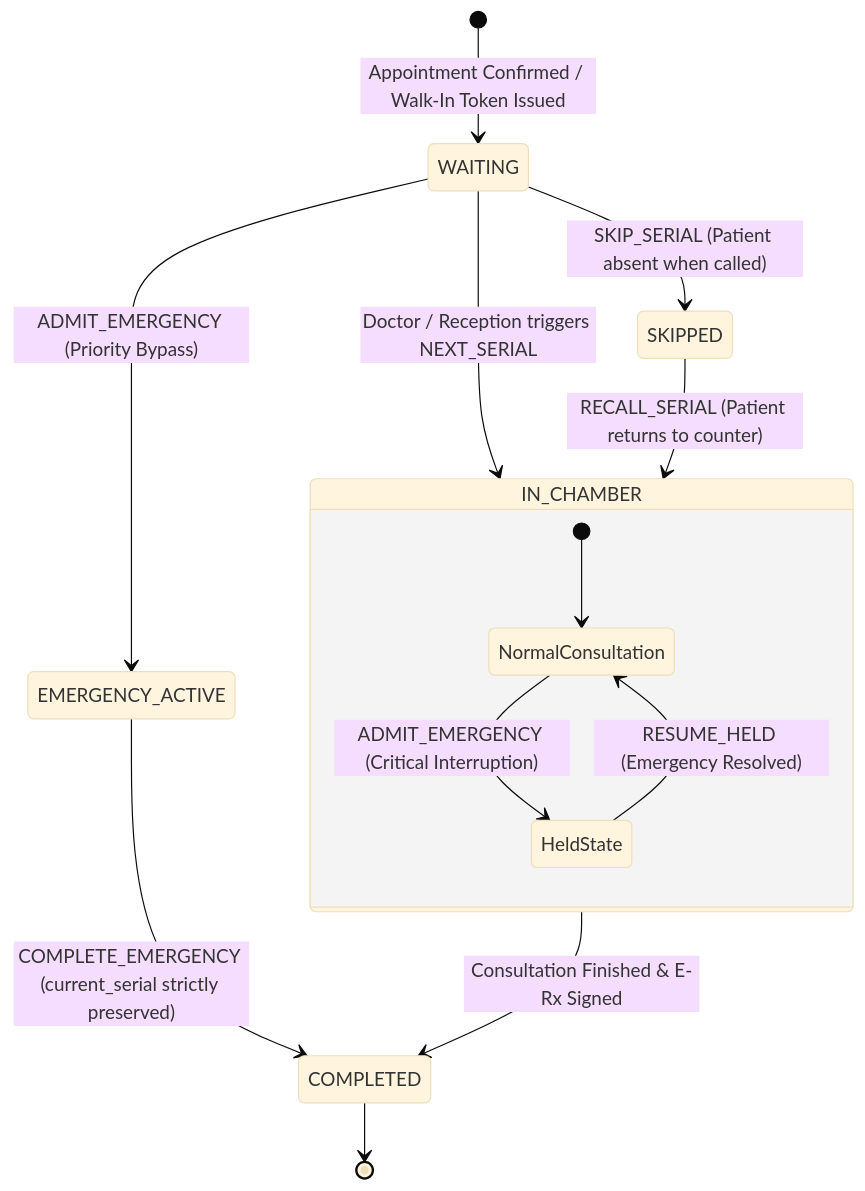
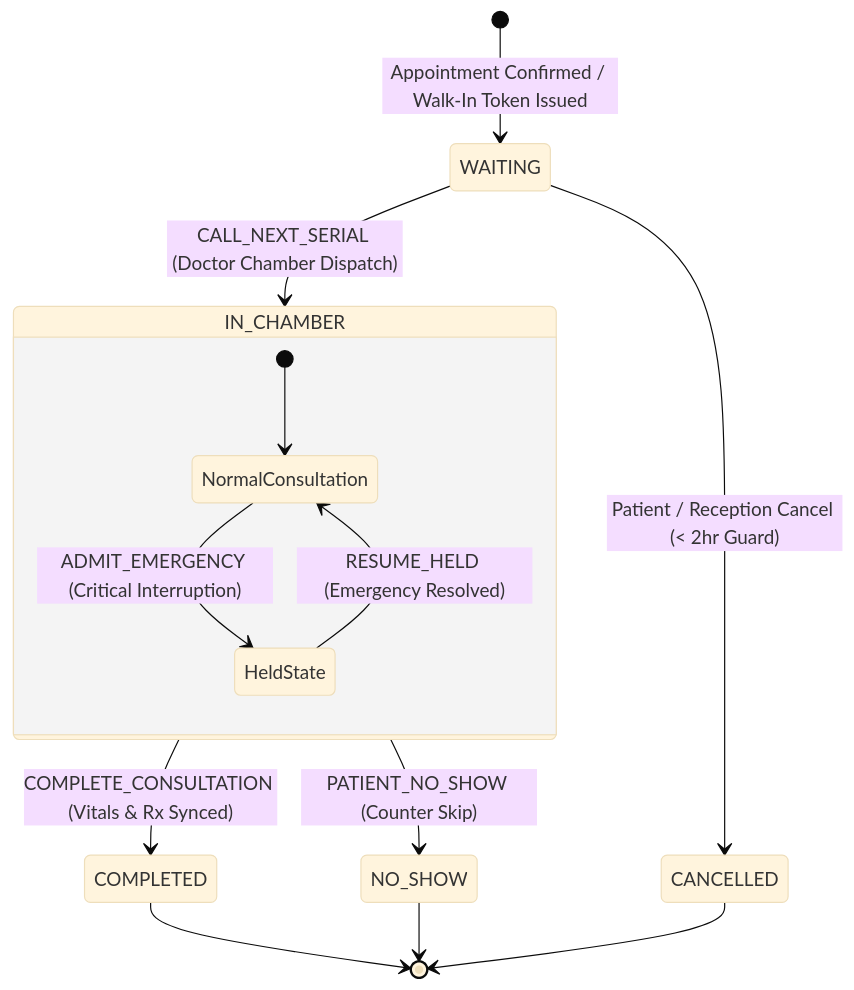
One commit to Ishtiak-Ahmed886/Final_Year_Project_version1 changed the second of 2 diagrams in README.md. Above: the diagram before and after it, drawn with Mermaid (base theme). The commit also changed other lines of this file and 35 other files, not shown here.

````diff
--- a/README.md
+++ b/README.md
@@ -92,20 +96,20 @@
 ```mermaid
 stateDiagram-v2
     [*] --> WAITING: Appointment Confirmed / Walk-In Token Issued
     
     state IN_CHAMBER {
         [*] --> NormalConsultation
         NormalConsultation --> HeldState: ADMIT_EMERGENCY (Critical Interruption)
         HeldState --> NormalConsultation: RESUME_HELD (Emergency Resolved)
     }
 
-    WAITING --> IN_CHAMBER: Doctor / Reception triggers NEXT_SERIAL
-    WAITING --> EMERGENCY_ACTIVE: ADMIT_EMERGENCY (Priority Bypass)
-    EMERGENCY_ACTIVE --> COMPLETED: COMPLETE_EMERGENCY (current_serial strictly preserved)
+    WAITING --> IN_CHAMBER: CALL_NEXT_SERIAL (Doctor Chamber Dispatch)
+    WAITING --> CANCELLED: Patient / Reception Cancel (< 2hr Guard)
     
-    IN_CHAMBER --> COMPLETED: Consultation Finished & E-Rx Signed
-    WAITING --> SKIPPED: SKIP_SERIAL (Patient absent when called)
-    SKIPPED --> IN_CHAMBER: RECALL_SERIAL (Patient returns to counter)
+    IN_CHAMBER --> COMPLETED: COMPLETE_CONSULTATION (Vitals & Rx Synced)
+    IN_CHAMBER --> NO_SHOW: PATIENT_NO_SHOW (Counter Skip)
     
     COMPLETED --> [*]
+    NO_SHOW --> [*]
+    CANCELLED --> [*]
 ```
````
